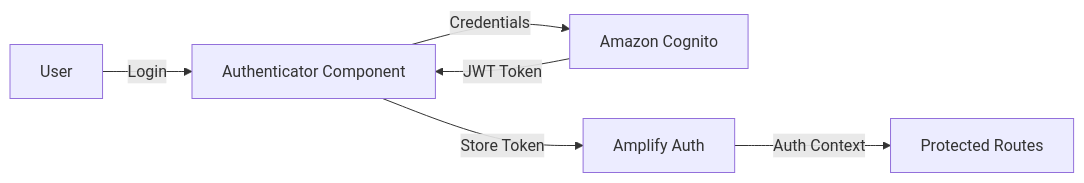
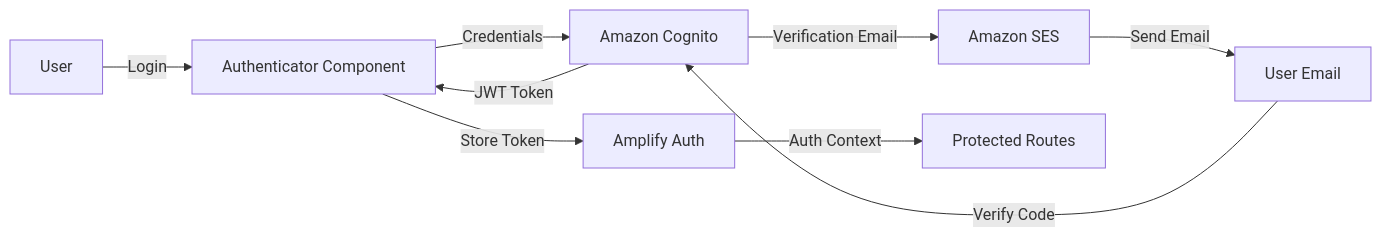
One commit to JulianZ-CD/stroop-test-app changed the second of 4 diagrams in README.md. Above: the diagram before and after it, drawn with Mermaid. The commit also changed other lines of this file, not shown here.

````diff
--- a/README.md
+++ b/README.md
@@ -56,8 +60,11 @@
 ```mermaid
 graph LR
     A[User] -->|Login| B[Authenticator Component]
     B -->|Credentials| C[Amazon Cognito]
+    C -->|Verification Email| D[Amazon SES]
+    D -->|Send Email| E[User Email]
+    E -->|Verify Code| C
     C -->|JWT Token| B
-    B -->|Store Token| D[Amplify Auth]
-    D -->|Auth Context| E[Protected Routes]
+    B -->|Store Token| F[Amplify Auth]
+    F -->|Auth Context| G[Protected Routes]
 ```
````
